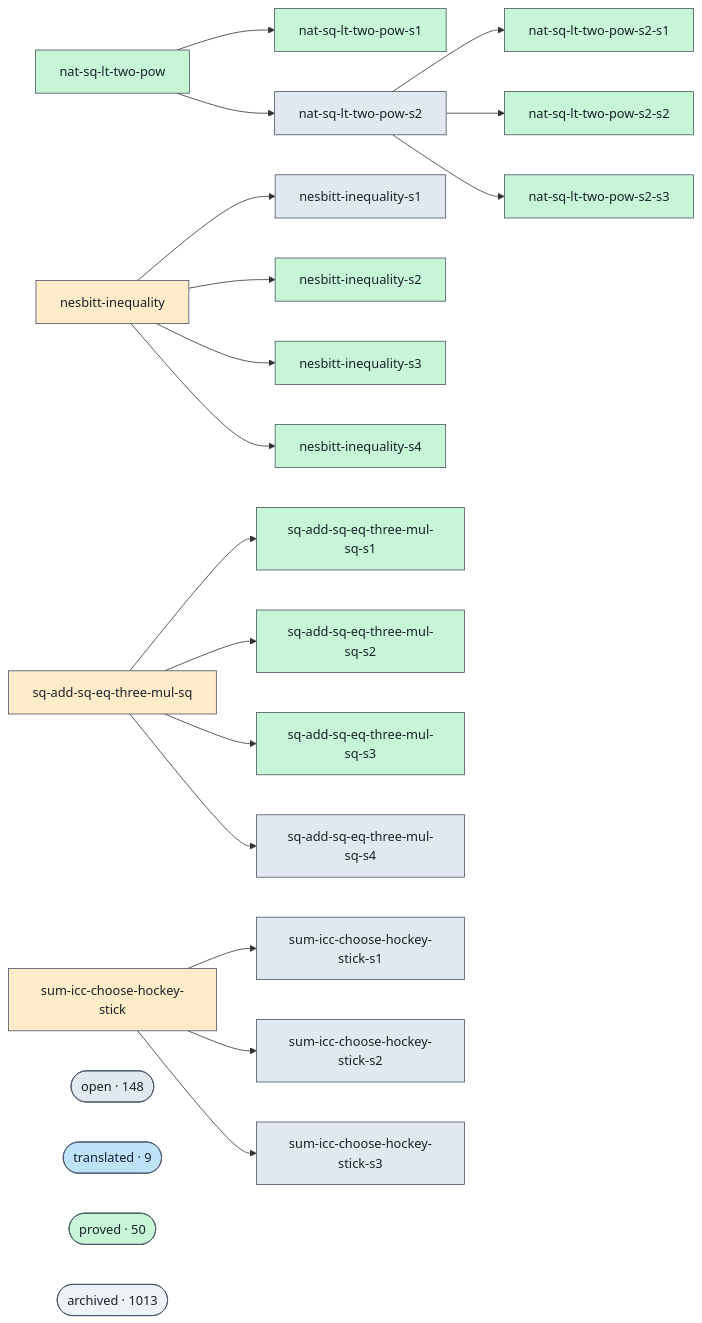
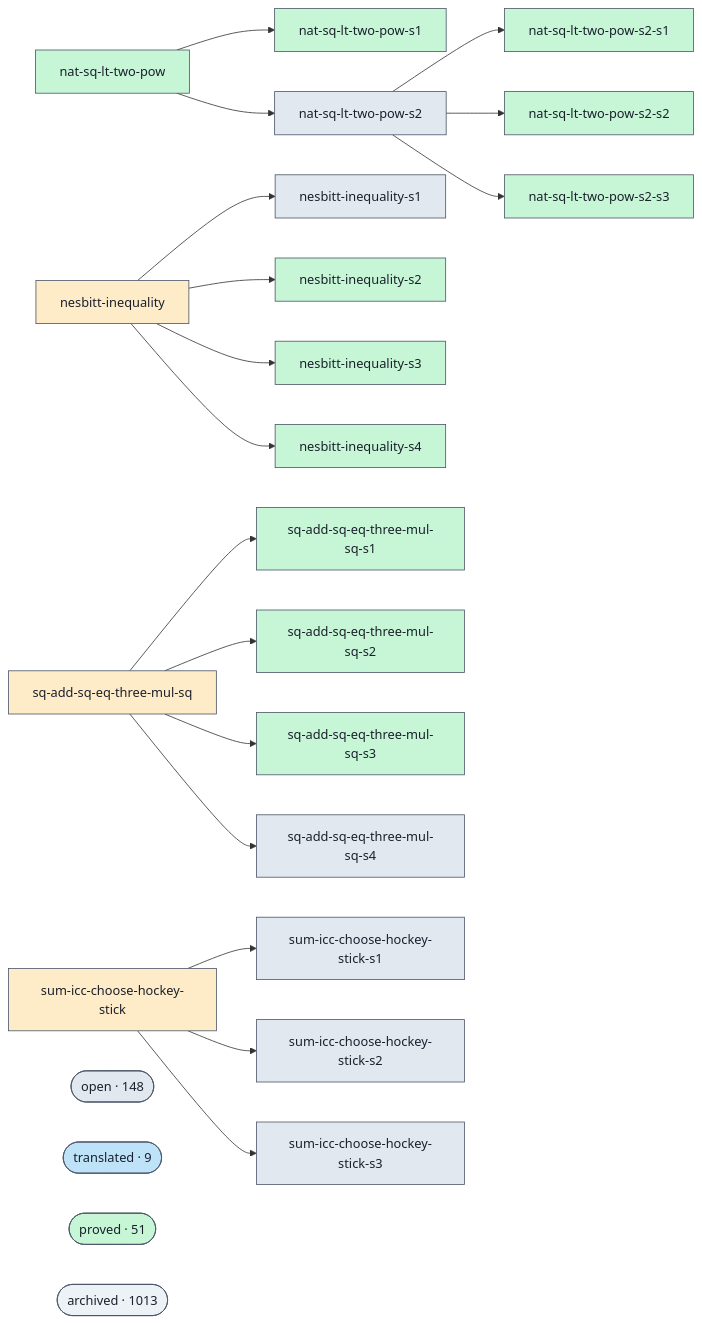
The diagram in docs/proofs-contributors-visualisation.md (ohdearquant/unsorry), drawn with Mermaid before and after one commit. The commit also changed other lines of this file and 2 other files, not shown here.

```diff
--- a/docs/proofs-contributors-visualisation.md
+++ b/docs/proofs-contributors-visualisation.md
@@ -102,7 +102,7 @@
   class cluster_open open;
   cluster_translated(["translated · 9"])
   class cluster_translated translated;
-  cluster_proved(["proved · 50"])
+  cluster_proved(["proved · 51"])
   class cluster_proved proved;
   cluster_archived(["archived · 1013"])
   class cluster_archived unknown;
```
